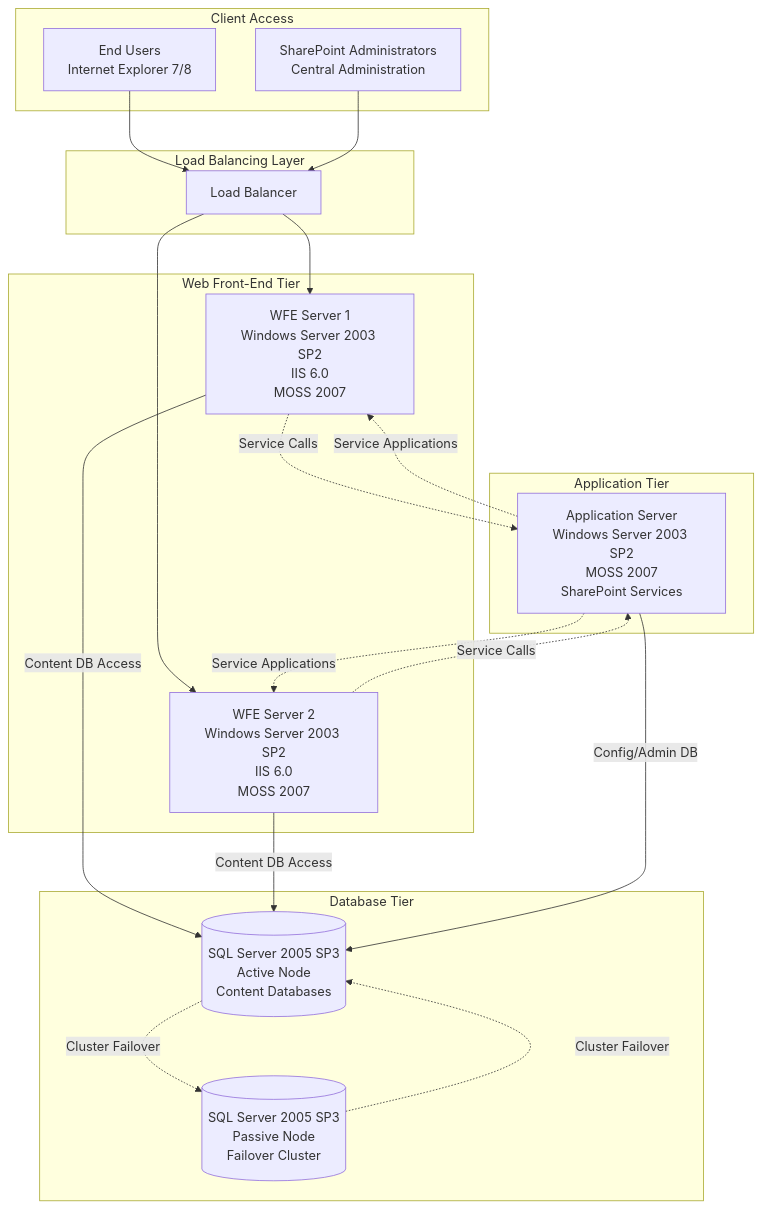
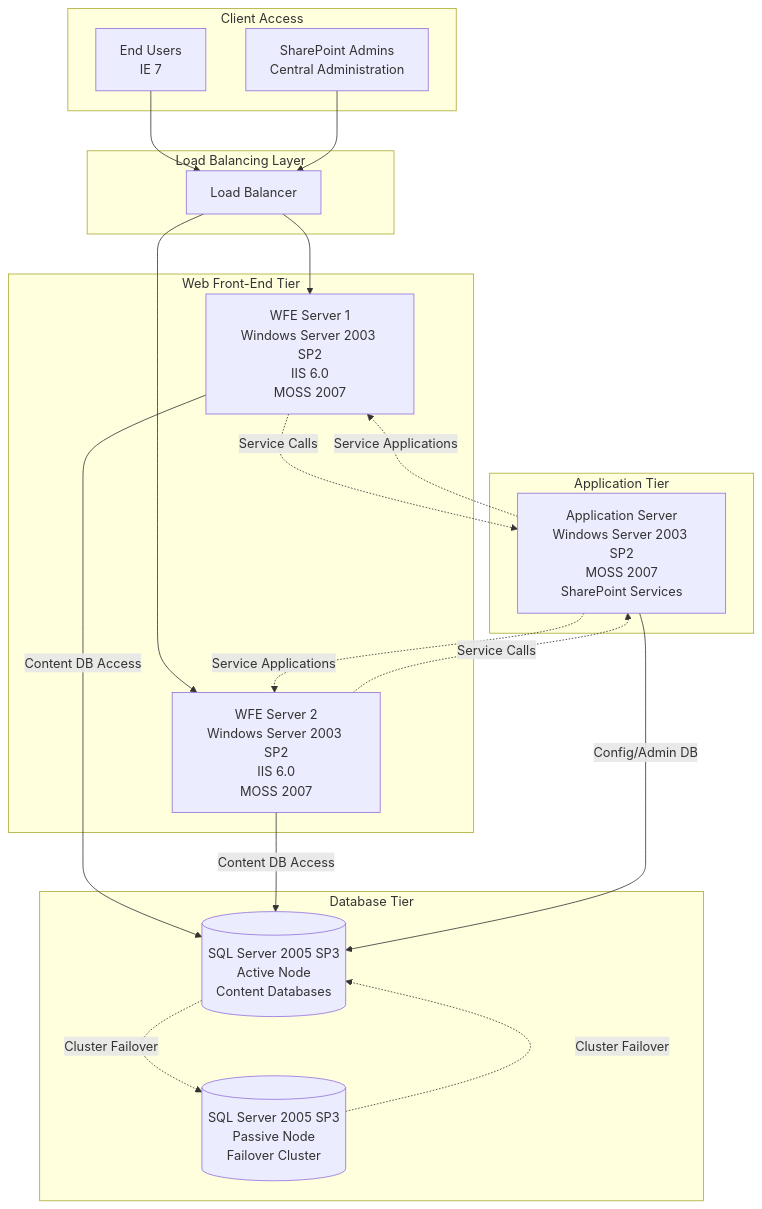
One commit to dwdas9/home changed the sixth of 7 diagrams in docs/index.md. Above: the diagram before and after it, drawn with Mermaid. The commit also changed other lines of this file and 4 other files, not shown here.

````diff
--- a/docs/index.md
+++ b/docs/index.md
@@ -949,42 +985,42 @@
         ```mermaid
         graph TB
             subgraph "Load Balancing Layer"
                 LB[Load Balancer]
             end
             
             subgraph "Web Front-End Tier"
                 WFE1[WFE Server 1<br/>Windows Server 2003 SP2<br/>IIS 6.0<br/>MOSS 2007]
                 WFE2[WFE Server 2<br/>Windows Server 2003 SP2<br/>IIS 6.0<br/>MOSS 2007]
             end
             
             subgraph "Application Tier"
                 APP[Application Server<br/>Windows Server 2003 SP2<br/>MOSS 2007<br/>SharePoint Services]
             end
             
             subgraph "Database Tier"
                 SQLActive[(SQL Server 2005 SP3<br/>Active Node<br/>Content Databases)]
                 SQLPassive[(SQL Server 2005 SP3<br/>Passive Node<br/>Failover Cluster)]
             end
             
             subgraph "Client Access"
-                Users[End Users<br/>Internet Explorer 7/8]
-                Admins[SharePoint Administrators<br/>Central Administration]
+                Users[End Users<br/>IE 7]
+                Admins[SharePoint Admins<br/>Central Administration]
             end
             
             Users --> LB
             Admins --> LB
             LB --> WFE1
             LB --> WFE2
             
             WFE1 -.->|Service Calls| APP
             WFE2 -.->|Service Calls| APP
             APP -.->|Service Applications| WFE1
             APP -.->|Service Applications| WFE2
             
             WFE1 -->|Content DB Access| SQLActive
             WFE2 -->|Content DB Access| SQLActive
             APP -->|Config/Admin DB| SQLActive
             
             SQLActive -.->|Cluster Failover| SQLPassive
             SQLPassive -.->|Cluster Failover| SQLActive
         ```
````
